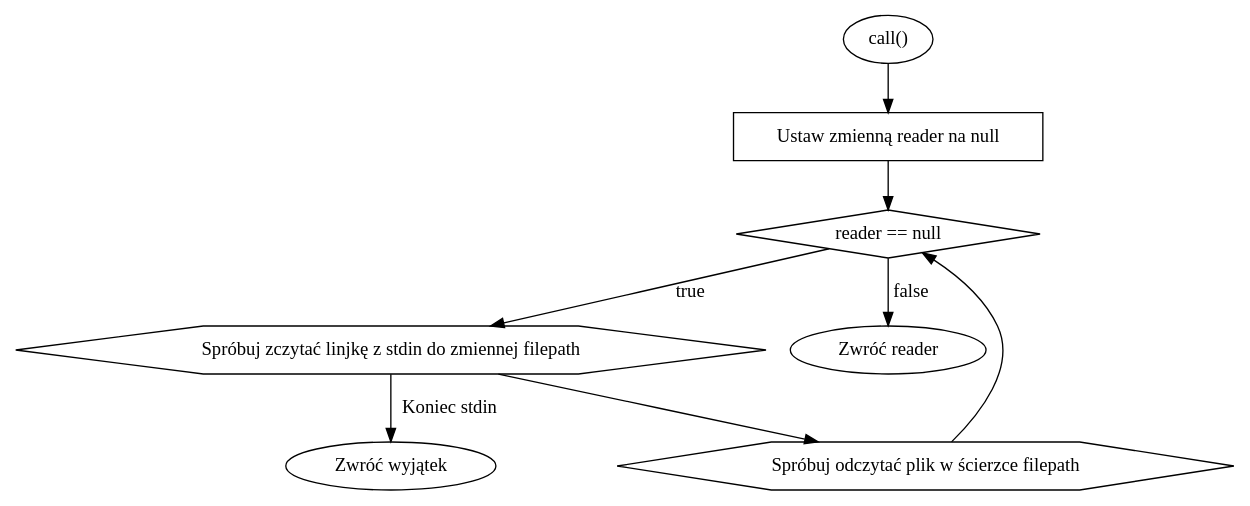
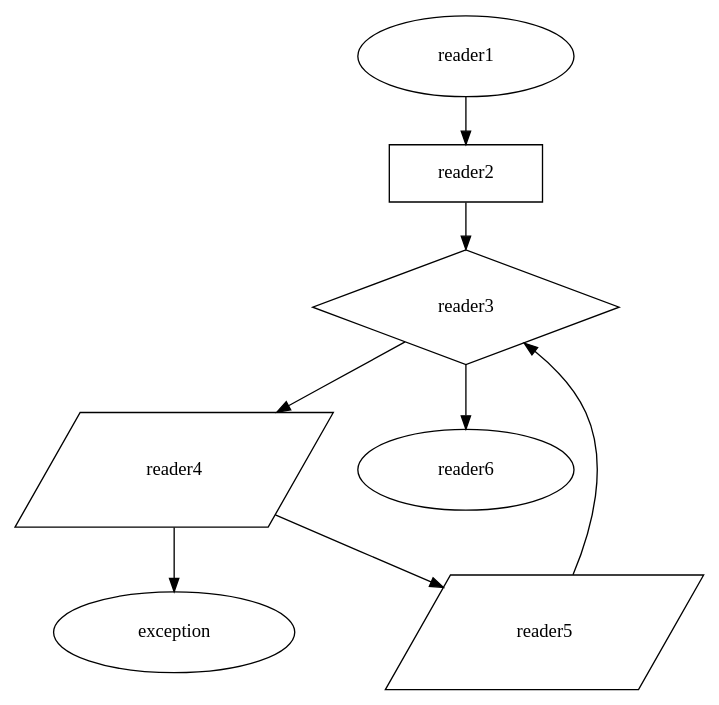
Before and after one commit to HakierGrzonzo/modradio: the diagram in docs/reader.dot, drawn with Graphviz. The commit also changed 4 other files, not shown here.

Commit message:
Docs with graphs

```diff
--- a/docs/reader.dot
+++ b/docs/reader.dot
@@ -1,34 +1,38 @@
 digraph G {
-    reader_1 [
-        label="call()"
+    node    [
+        lblstyle="text width=8em,align=center"
+        margin=".4,.2"
     ]
-    reader_2 [
-        label="Ustaw zmienną reader na null"
+    reader1 [
+        texlbl="\texttt{call()}"
+    ]
+    reader2 [
+        texlbl="Ustaw zmienną \texttt{reader} na \texttt{null}"
         shape=rect
     ]
-    reader_1 -> reader_2;
-    reader_3 [
-        label="reader == null"
+    reader1 -> reader2;
+    reader3 [
+        texlbl="\texttt{reader == null}"
         shape=diamond
     ]
-    reader_2 -> reader_3;
-    reader_4 [
-        label="Spróbuj zczytać linjkę z stdin do zmiennej filepath"
-        shape=hexagon
+    reader2 -> reader3;
+    reader4 [
+        texlbl="Spróbuj zczytać linjkę z stdin do zmiennej \texttt{filepath}"
+        shape=parallelogram
     ]
     exception [
-        label="Zwróć wyjątek"
+        texlbl="Zwróć wyjątek"
     ]
-    reader_4 -> exception [label="Koniec stdin"]
-    reader_3 -> reader_4 [label="true"]
-    reader_5 [
-        label="Spróbuj odczytać plik w ścierzce filepath"
-        shape=hexagon
+    reader4 -> exception [texlbl="Koniec stdin"]
+    reader3 -> reader4 [texlbl="true"]
+    reader5 [
+        texlbl="Spróbuj odczytać plik w ścieżce \texttt{filepath}"
+        shape=parallelogram
     ]
-    reader_4 -> reader_5;
-    reader_5 -> reader_3;
-    reader_6 [
-        label="Zwróć reader"
+    reader4 -> reader5;
+    reader5 -> reader3;
+    reader6 [
+        texlbl="Zwróć \texttt{reader}"
     ]
-    reader_3 -> reader_6 [label="false"]
+    reader3 -> reader6 [texlbl="false"]
 }
```
